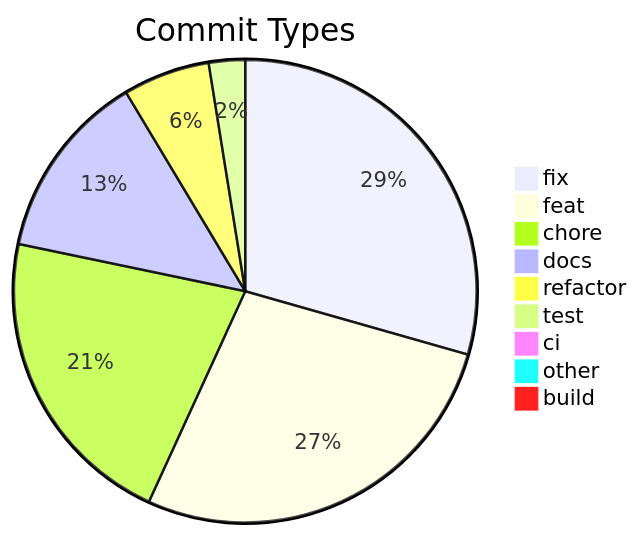
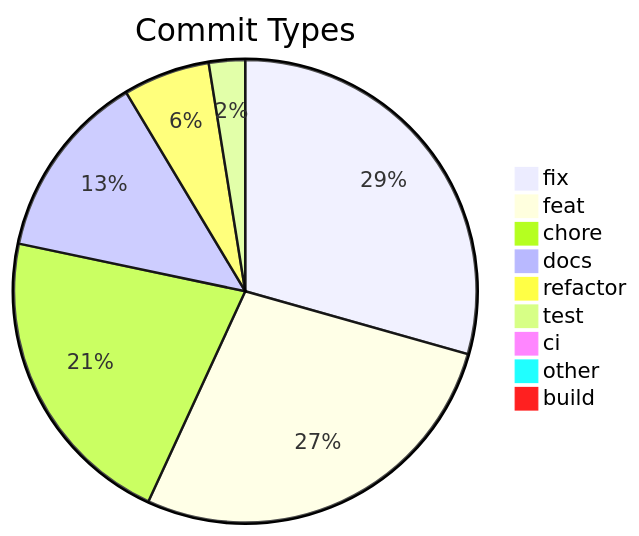
One commit to svenroth-ai/shipwright changed the diagram in .shipwright/compliance/change-history.md. Above: the diagram before and after it, drawn with Mermaid. The commit also changed other lines of this file and 21 other files, not shown here.

````diff
--- a/.shipwright/compliance/change-history.md
+++ b/.shipwright/compliance/change-history.md
@@ -8,12 +8,12 @@
 ```mermaid
 pie title Commit Types
     "fix" : 325
-    "feat" : 303
+    "feat" : 304
     "chore" : 237
     "docs" : 145
     "refactor" : 67
     "test" : 28
     "ci" : 11
     "other" : 7
     "build" : 1
 ```
````
